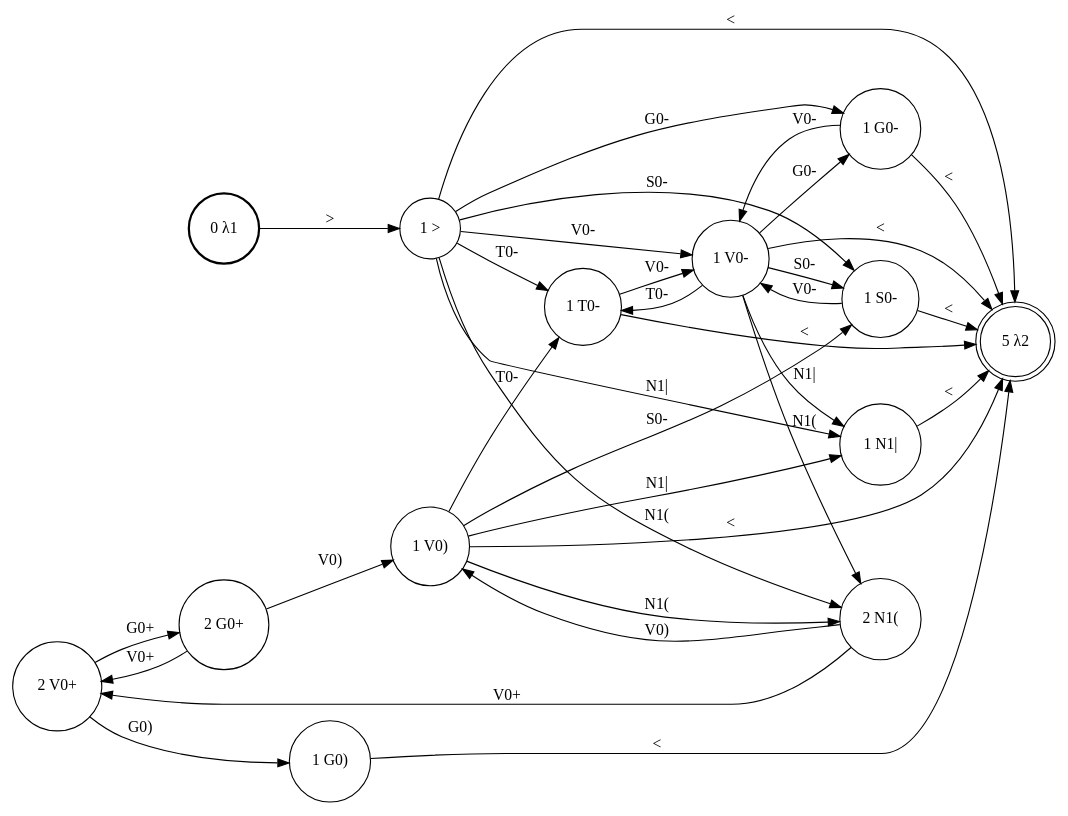
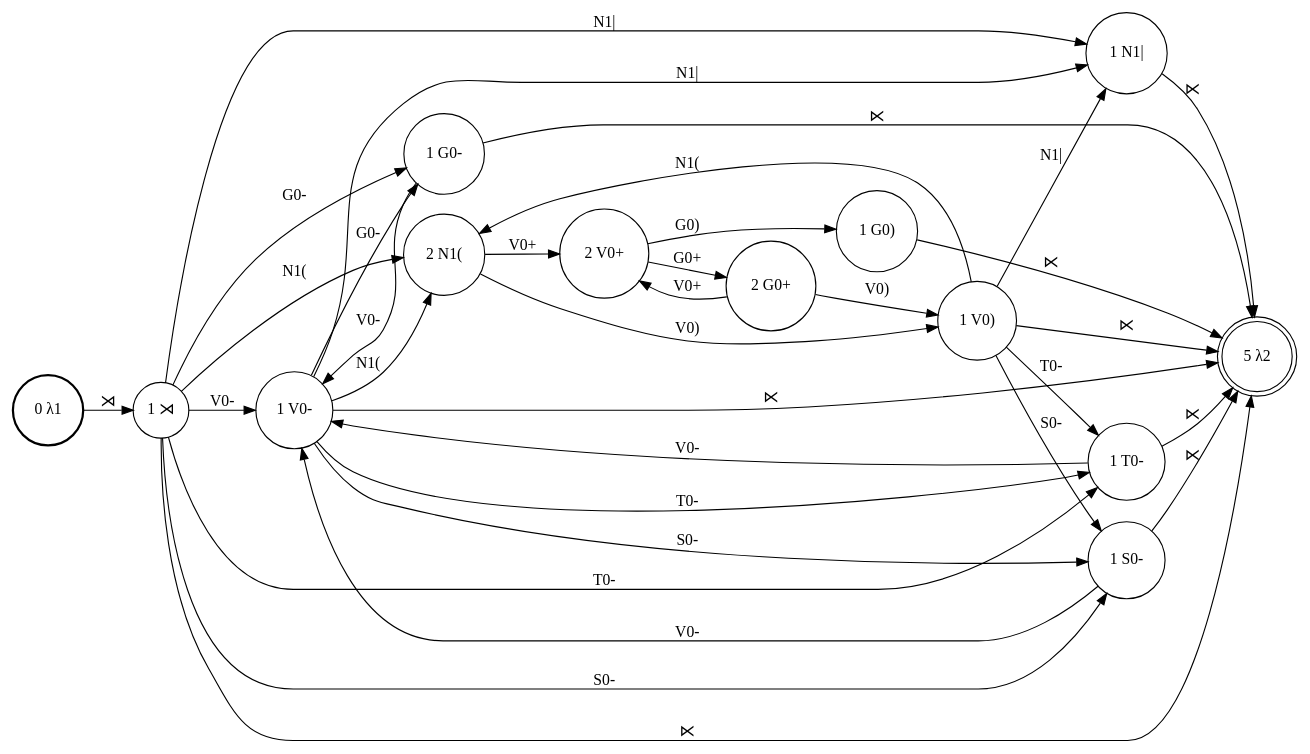
One commit to colincwilson/statgram changed the diagram in demo/nasal_spreading/Lang_nasal.dot. Above: the diagram before and after it, drawn with Graphviz. The commit also changed 11 other files, not shown here.

```diff
--- a/demo/nasal_spreading/Lang_nasal.dot
+++ b/demo/nasal_spreading/Lang_nasal.dot
@@ -1,49 +1,49 @@
 digraph G {
 rankdir=LR;
-0 [style=solid, shape=circle, label="2 V0+"]
-1 [style=solid, shape=circle, label="1 G0-"]
+0 [style=solid, shape=circle, label="1 G0)"]
+1 [style=solid, shape=circle, label="1 N1|"]
 2 [style=solid, shape=circle, label="1 V0-"]
-3 [style=solid, shape=circle, label="1 >"]
-4 [style=solid, shape=circle, label="1 T0-"]
-5 [style=solid, shape=circle, label="1 V0)"]
-6 [style=bold, shape=circle, label="0 λ1"]
-7 [style=solid, shape=circle, label="1 S0-"]
-8 [style=solid, shape=circle, label="2 N1("]
-9 [style=solid, shape=circle, label="1 N1|"]
-10 [style=solid, shape=doublecircle, label="5 λ2"]
-11 [style=solid, shape=circle, label="1 G0)"]
-12 [style=solid, shape=circle, label="2 G0+"]
-3 -> 2 [style=solid, label="V0-"]
-2 -> 4 [style=solid, label="T0-"]
-11 -> 10 [style=solid, label="<"]
-5 -> 8 [style=solid, label="N1("]
-3 -> 10 [style=solid, label="<"]
-6 -> 3 [style=solid, label=">"]
-2 -> 10 [style=solid, label="<"]
-12 -> 0 [style=solid, label="V0+"]
-4 -> 10 [style=solid, label="<"]
-5 -> 4 [style=solid, label="T0-"]
-3 -> 4 [style=solid, label="T0-"]
-5 -> 10 [style=solid, label="<"]
-0 -> 11 [style=solid, label="G0)"]
-4 -> 2 [style=solid, label="V0-"]
-1 -> 10 [style=solid, label="<"]
-9 -> 10 [style=solid, label="<"]
-3 -> 8 [style=solid, label="N1("]
-3 -> 9 [style=solid, label="N1|"]
-1 -> 2 [style=solid, label="V0-"]
-12 -> 5 [style=solid, label="V0)"]
-7 -> 10 [style=solid, label="<"]
-8 -> 0 [style=solid, label="V0+"]
-5 -> 9 [style=solid, label="N1|"]
-3 -> 7 [style=solid, label="S0-"]
-7 -> 2 [style=solid, label="V0-"]
-5 -> 7 [style=solid, label="S0-"]
-2 -> 9 [style=solid, label="N1|"]
-3 -> 1 [style=solid, label="G0-"]
-0 -> 12 [style=solid, label="G0+"]
-8 -> 5 [style=solid, label="V0)"]
-2 -> 7 [style=solid, label="S0-"]
-2 -> 1 [style=solid, label="G0-"]
-2 -> 8 [style=solid, label="N1("]
+3 [style=solid, shape=circle, label="2 N1("]
+4 [style=solid, shape=doublecircle, label="5 λ2"]
+5 [style=solid, shape=circle, label="1 G0-"]
+6 [style=solid, shape=circle, label="2 G0+"]
+7 [style=bold, shape=circle, label="0 λ1"]
+8 [style=solid, shape=circle, label="1 T0-"]
+9 [style=solid, shape=circle, label="2 V0+"]
+10 [style=solid, shape=circle, label="1 S0-"]
+11 [style=solid, shape=circle, label="1 V0)"]
+12 [style=solid, shape=circle, label="1 ⋊"]
+11 -> 8 [style=solid, label="T0-"]
+2 -> 4 [style=solid, label="⋉"]
+12 -> 3 [style=solid, label="N1("]
+7 -> 12 [style=solid, label="⋊"]
+2 -> 3 [style=solid, label="N1("]
+12 -> 5 [style=solid, label="G0-"]
+5 -> 2 [style=solid, label="V0-"]
+9 -> 0 [style=solid, label="G0)"]
+12 -> 4 [style=solid, label="⋉"]
+8 -> 4 [style=solid, label="⋉"]
+0 -> 4 [style=solid, label="⋉"]
+1 -> 4 [style=solid, label="⋉"]
+3 -> 11 [style=solid, label="V0)"]
+5 -> 4 [style=solid, label="⋉"]
+12 -> 10 [style=solid, label="S0-"]
+2 -> 10 [style=solid, label="S0-"]
+2 -> 8 [style=solid, label="T0-"]
+6 -> 11 [style=solid, label="V0)"]
+9 -> 6 [style=solid, label="G0+"]
+2 -> 1 [style=solid, label="N1|"]
+11 -> 3 [style=solid, label="N1("]
+8 -> 2 [style=solid, label="V0-"]
+12 -> 1 [style=solid, label="N1|"]
+10 -> 2 [style=solid, label="V0-"]
+10 -> 4 [style=solid, label="⋉"]
+11 -> 10 [style=solid, label="S0-"]
+12 -> 2 [style=solid, label="V0-"]
+2 -> 5 [style=solid, label="G0-"]
+6 -> 9 [style=solid, label="V0+"]
+11 -> 1 [style=solid, label="N1|"]
+12 -> 8 [style=solid, label="T0-"]
+3 -> 9 [style=solid, label="V0+"]
+11 -> 4 [style=solid, label="⋉"]
 }
```
